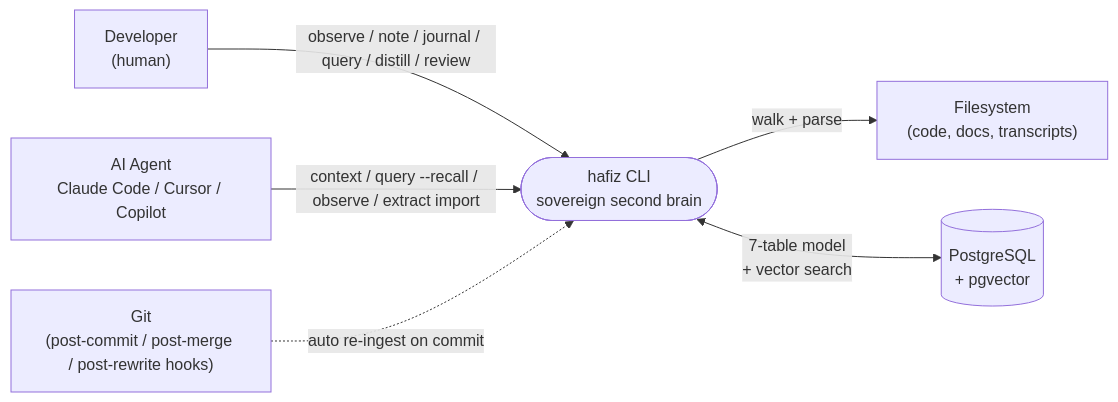
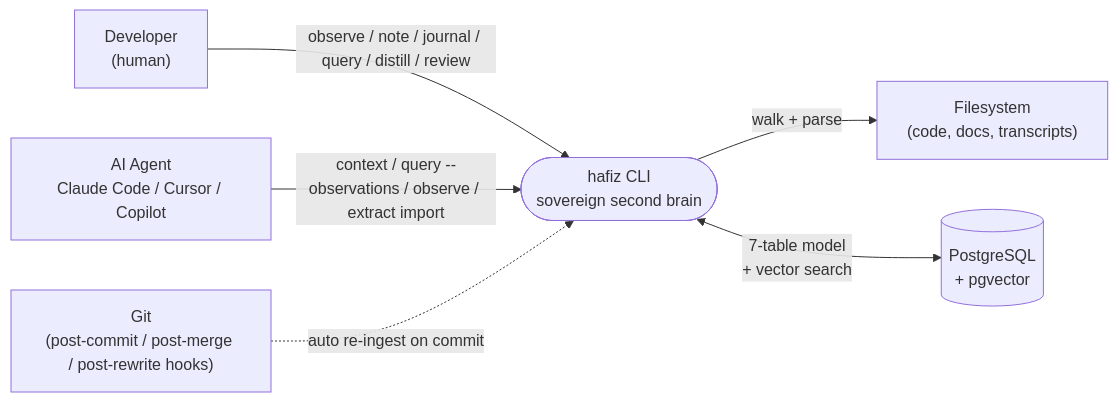
Before and after one commit to irsali/hafiz: the first of 7 diagrams in docs/architecture.md, drawn with Mermaid. The commit also changed other lines of this file and 16 other files, not shown here.

First line of the commit message:
feat(macos+cli): macOS portability fixes + rename query --recall to --observations

````diff
--- a/docs/architecture.md
+++ b/docs/architecture.md
@@ -13,15 +13,15 @@
 ```mermaid
 flowchart LR
     user["Developer<br>(human)"]
     agent["AI Agent<br>Claude Code / Cursor / Copilot"]
     git["Git<br>(post-commit / post-merge / post-rewrite hooks)"]
     fs["Filesystem<br>(code, docs, transcripts)"]
     cli(["hafiz CLI<br>sovereign second brain"])
     db[("PostgreSQL<br>+ pgvector")]
 
     user -->|"observe / note / journal / query / distill / review"| cli
-    agent -->|"context / query --recall / observe / extract import"| cli
+    agent -->|"context / query --observations / observe / extract import"| cli
     git -.->|"auto re-ingest on commit"| cli
     cli -->|"walk + parse"| fs
     cli <-->|"7-table model<br>+ vector search"| db
 ```
````
